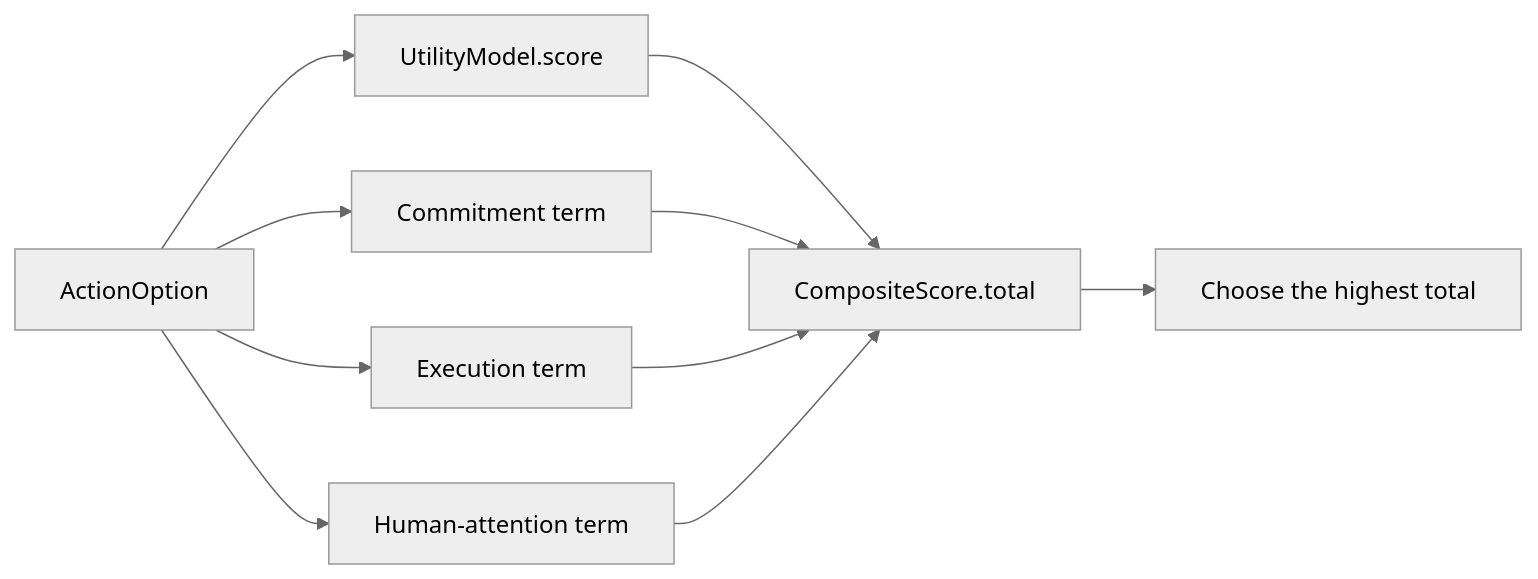
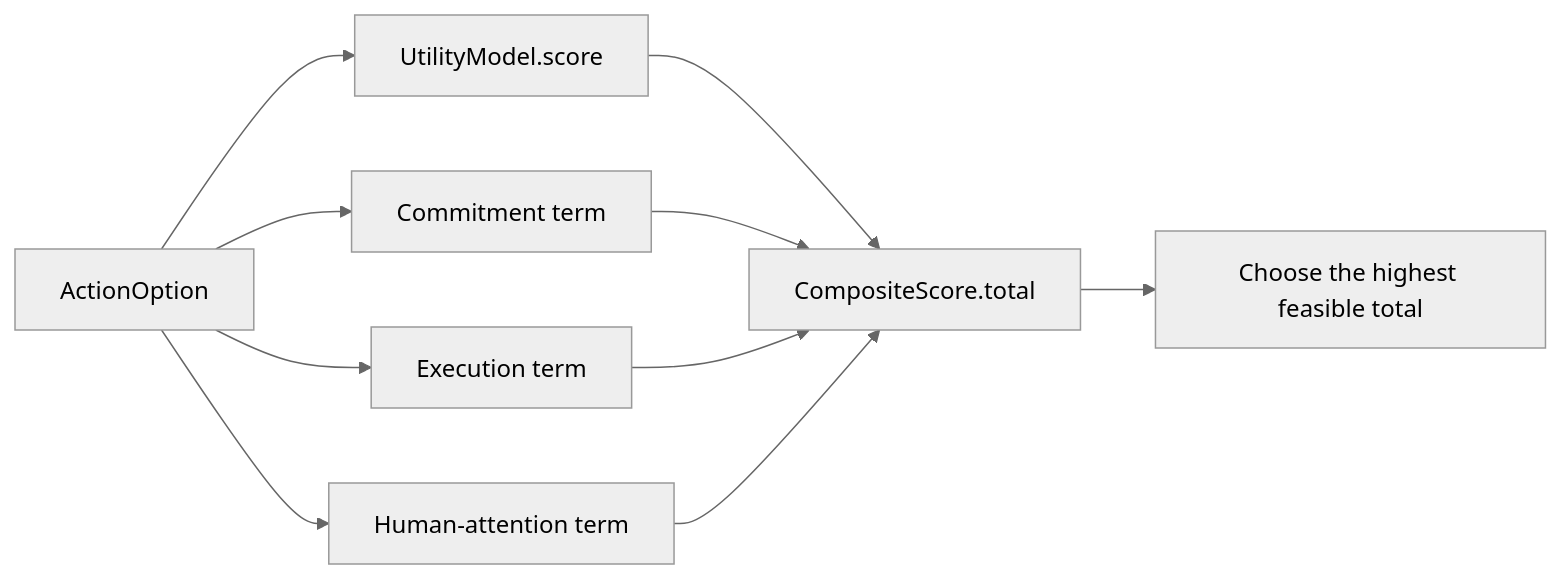
One commit to michaelatamuk/laix changed the diagram in docs/02-core/03-decision/01-single/02-composite.md. Above: the diagram before and after it, drawn with Mermaid (neutral theme). The commit also changed 14 other files, not shown here.

Commit message:
docs: fix diagram accuracy and symmetric block layouts (#27)

````diff
--- a/docs/02-core/03-decision/01-single/02-composite.md
+++ b/docs/02-core/03-decision/01-single/02-composite.md
@@ -55,12 +55,12 @@
 ```mermaid
 flowchart LR
     option[ActionOption] --> utility["UtilityModel.score"]
     option --> commitment["Commitment term"]
     option --> execution["Execution term"]
     option --> human_attention["Human-attention term"]
     utility --> sum["CompositeScore.total"]
     commitment --> sum
     execution --> sum
     human_attention --> sum
-    sum --> choose["Choose the highest total"]
+    sum --> choose["Choose the highest feasible total"]
 ```
````
